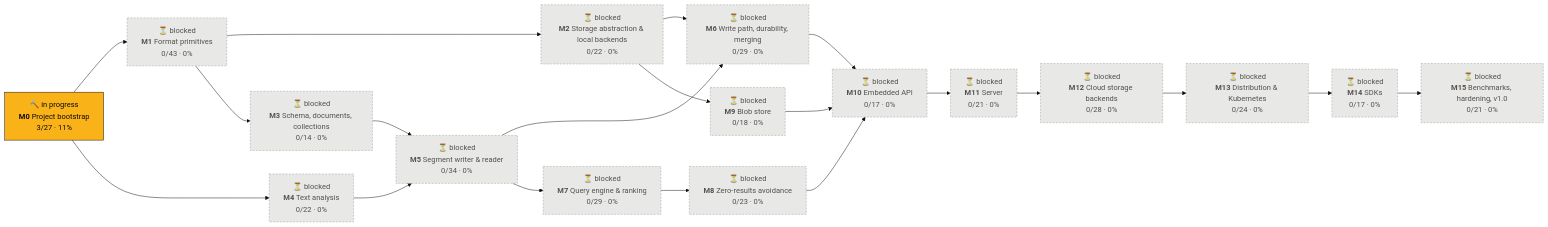
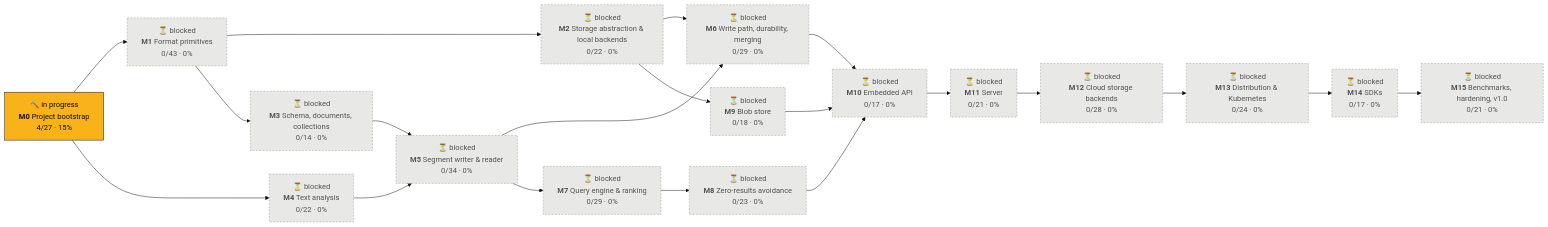
Before and after one commit to tomiok/persiaDB: the first of 2 diagrams in PROGRESS.md, drawn with Mermaid (base theme). The commit also changed other lines of this file and 15 other files, not shown here.

Commit message:
chore: license under Apache-2.0 (ROADMAP 0.1.3.1)

````diff
--- a/PROGRESS.md
+++ b/PROGRESS.md
@@ -14,42 +14,42 @@
 ```mermaid
 flowchart LR
-  M0["🔨 in progress<br/><b>M0</b> Project bootstrap<br/>3/27 · 11%"]:::doing
+  M0["🔨 in progress<br/><b>M0</b> Project bootstrap<br/>4/27 · 15%"]:::doing
   M1["⏳ blocked<br/><b>M1</b> Format primitives<br/>0/43 · 0%"]:::blocked
   M2["⏳ blocked<br/><b>M2</b> Storage abstraction & local backends<br/>0/22 · 0%"]:::blocked
   M3["⏳ blocked<br/><b>M3</b> Schema, documents, collections<br/>0/14 · 0%"]:::blocked
   M4["⏳ blocked<br/><b>M4</b> Text analysis<br/>0/22 · 0%"]:::blocked
   M5["⏳ blocked<br/><b>M5</b> Segment writer & reader<br/>0/34 · 0%"]:::blocked
   M6["⏳ blocked<br/><b>M6</b> Write path, durability, merging<br/>0/29 · 0%"]:::blocked
   M7["⏳ blocked<br/><b>M7</b> Query engine & ranking<br/>0/29 · 0%"]:::blocked
   M8["⏳ blocked<br/><b>M8</b> Zero-results avoidance<br/>0/23 · 0%"]:::blocked
   M9["⏳ blocked<br/><b>M9</b> Blob store<br/>0/18 · 0%"]:::blocked
   M10["⏳ blocked<br/><b>M10</b> Embedded API<br/>0/17 · 0%"]:::blocked
   M11["⏳ blocked<br/><b>M11</b> Server<br/>0/21 · 0%"]:::blocked
   M12["⏳ blocked<br/><b>M12</b> Cloud storage backends<br/>0/28 · 0%"]:::blocked
   M13["⏳ blocked<br/><b>M13</b> Distribution & Kubernetes<br/>0/24 · 0%"]:::blocked
   M14["⏳ blocked<br/><b>M14</b> SDKs<br/>0/17 · 0%"]:::blocked
   M15["⏳ blocked<br/><b>M15</b> Benchmarks, hardening, v1.0<br/>0/21 · 0%"]:::blocked
   M0 --> M1
   M1 --> M2
   M1 --> M3
   M0 --> M4
   M3 --> M5
   M4 --> M5
   M2 --> M6
   M5 --> M6
   M5 --> M7
   M7 --> M8
   M2 --> M9
   M6 --> M10
   M8 --> M10
   M9 --> M10
   M10 --> M11
   M11 --> M12
   M12 --> M13
   M13 --> M14
   M14 --> M15
   classDef done fill:#0ca30c,stroke:#0b0b0b,color:#0b0b0b
   classDef doing fill:#fab219,stroke:#0b0b0b,color:#0b0b0b
   classDef ready fill:#fcfcfb,stroke:#0b0b0b,stroke-width:2px,color:#0b0b0b
   classDef blocked fill:#e8e8e6,stroke:#9a9a96,stroke-dasharray:4 3,color:#52514e
 ```
````
